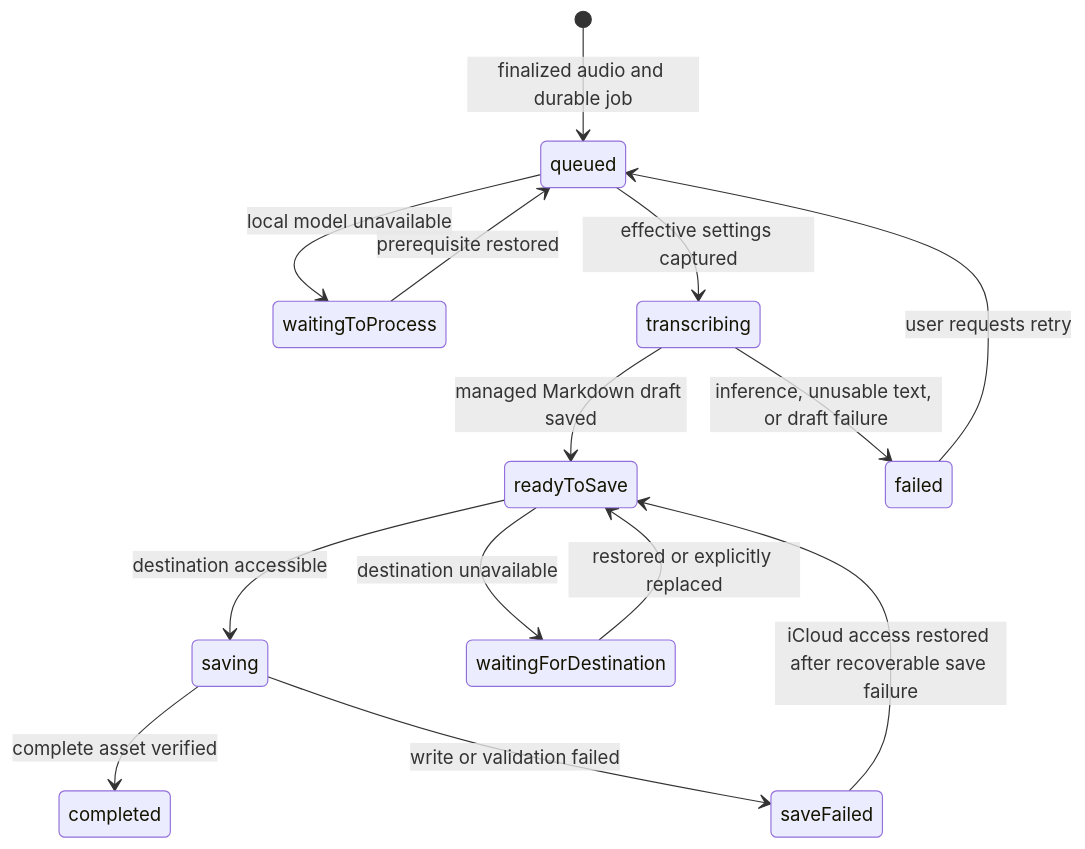
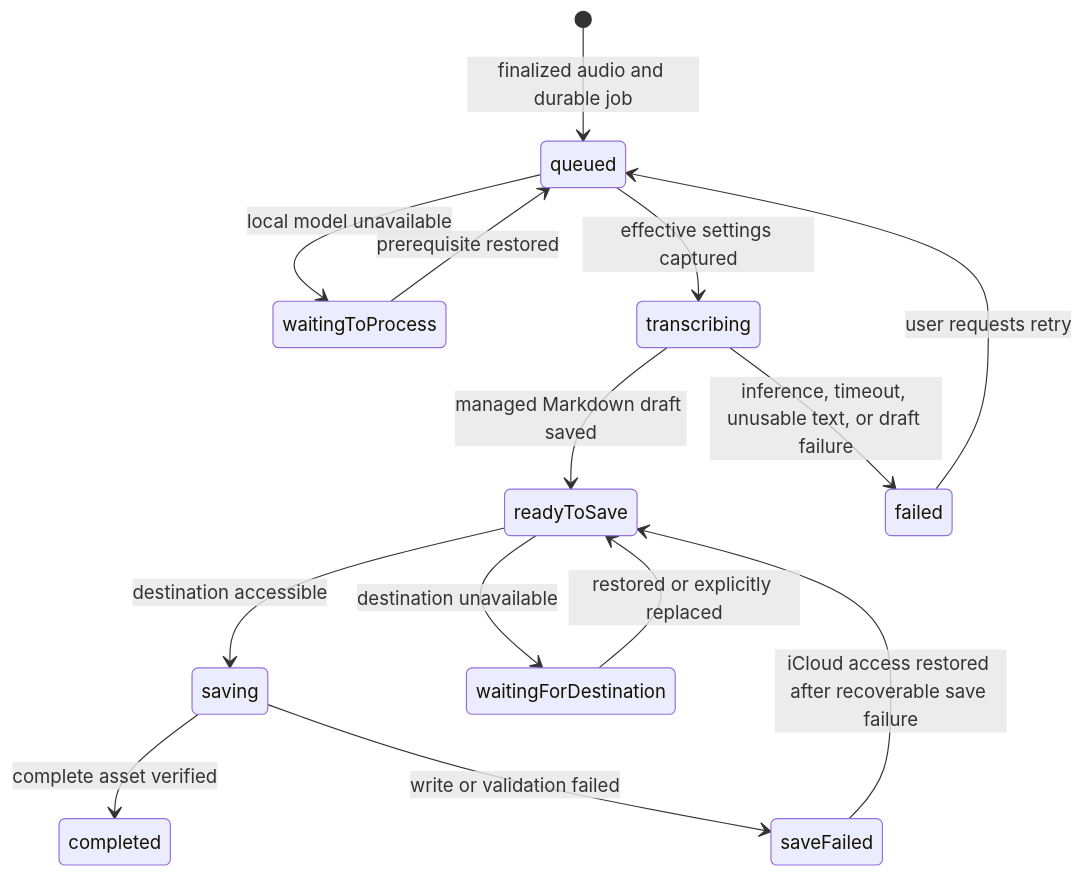
One commit to pastry-personal5/narihitos-diary-mobile changed the second of 2 diagrams in docs/architecture.md. Above: the diagram before and after it, drawn with Mermaid. The commit also changed other lines of this file and 10 other files, not shown here.

Commit message:
docs(architecture): strengthen security and fail-open queue

````diff
--- a/docs/architecture.md
+++ b/docs/architecture.md
@@ -115,16 +118,16 @@
 ```mermaid
 stateDiagram-v2
     [*] --> queued: finalized audio and durable job
     queued --> waitingToProcess: local model unavailable
     waitingToProcess --> queued: prerequisite restored
     queued --> transcribing: effective settings captured
     transcribing --> readyToSave: managed Markdown draft saved
     readyToSave --> saving: destination accessible
     readyToSave --> waitingForDestination: destination unavailable
     waitingForDestination --> readyToSave: restored or explicitly replaced
     saving --> completed: complete asset verified
     saving --> saveFailed: write or validation failed
     saveFailed --> readyToSave: iCloud access restored after recoverable save failure
-    transcribing --> failed: inference, unusable text, or draft failure
+    transcribing --> failed: inference, timeout, unusable text, or draft failure
     failed --> queued: user requests retry
 ```
````
